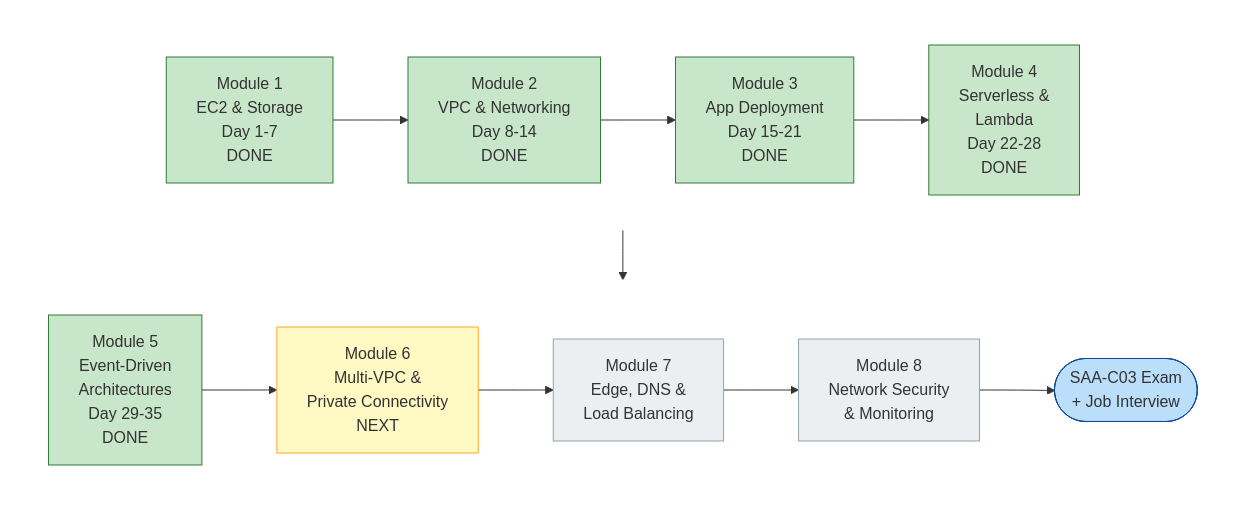
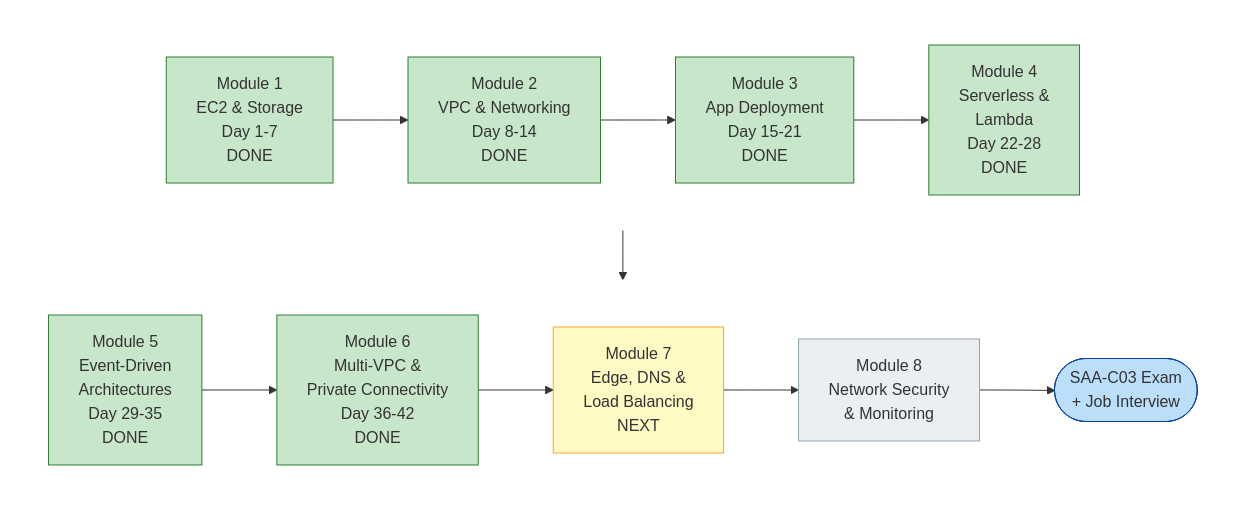
The diagram in images/src/00-course-roadmap.mmd (JASIM16027/AWS-NOTES), drawn with Mermaid before and after one commit. The commit also changed 22 other files, not shown here.

First line of the commit message:
Add Module 6 Day 36-42: Multi-VPC & Private Connectivity

```diff
--- a/images/src/00-course-roadmap.mmd
+++ b/images/src/00-course-roadmap.mmd
@@ -1,26 +1,26 @@
 flowchart TB
   subgraph R1[" "]
     direction LR
     M1["Module 1<br/>EC2 & Storage<br/>Day 1-7<br/>DONE"] --> M2["Module 2<br/>VPC & Networking<br/>Day 8-14<br/>DONE"]
     M2 --> M3["Module 3<br/>App Deployment<br/>Day 15-21<br/>DONE"]
     M3 --> M4["Module 4<br/>Serverless &<br/>Lambda<br/>Day 22-28<br/>DONE"]
   end
   subgraph R2[" "]
     direction LR
-    M5["Module 5<br/>Event-Driven<br/>Architectures<br/>Day 29-35<br/>DONE"] --> M6["Module 6<br/>Multi-VPC &<br/>Private Connectivity<br/>NEXT"]
-    M6 --> M7["Module 7<br/>Edge, DNS &<br/>Load Balancing"]
+    M5["Module 5<br/>Event-Driven<br/>Architectures<br/>Day 29-35<br/>DONE"] --> M6["Module 6<br/>Multi-VPC &<br/>Private Connectivity<br/>Day 36-42<br/>DONE"]
+    M6 --> M7["Module 7<br/>Edge, DNS &<br/>Load Balancing<br/>NEXT"]
     M7 --> M8["Module 8<br/>Network Security<br/>& Monitoring"]
     M8 --> GOAL(["SAA-C03 Exam<br/>+ Job Interview"])
   end
   R1 --> R2
   style R1 fill:#ffffff,stroke:#ffffff
   style R2 fill:#ffffff,stroke:#ffffff
   style M1 fill:#c8e6c9,stroke:#2e7d32
   style M2 fill:#c8e6c9,stroke:#2e7d32
   style M3 fill:#c8e6c9,stroke:#2e7d32
   style M4 fill:#c8e6c9,stroke:#2e7d32
   style M5 fill:#c8e6c9,stroke:#2e7d32
-  style M6 fill:#fff9c4,stroke:#f9a825
-  style M7 fill:#eceff1,stroke:#90a4ae
+  style M6 fill:#c8e6c9,stroke:#2e7d32
+  style M7 fill:#fff9c4,stroke:#f9a825
   style M8 fill:#eceff1,stroke:#90a4ae
   style GOAL fill:#bbdefb,stroke:#0d47a1
```
